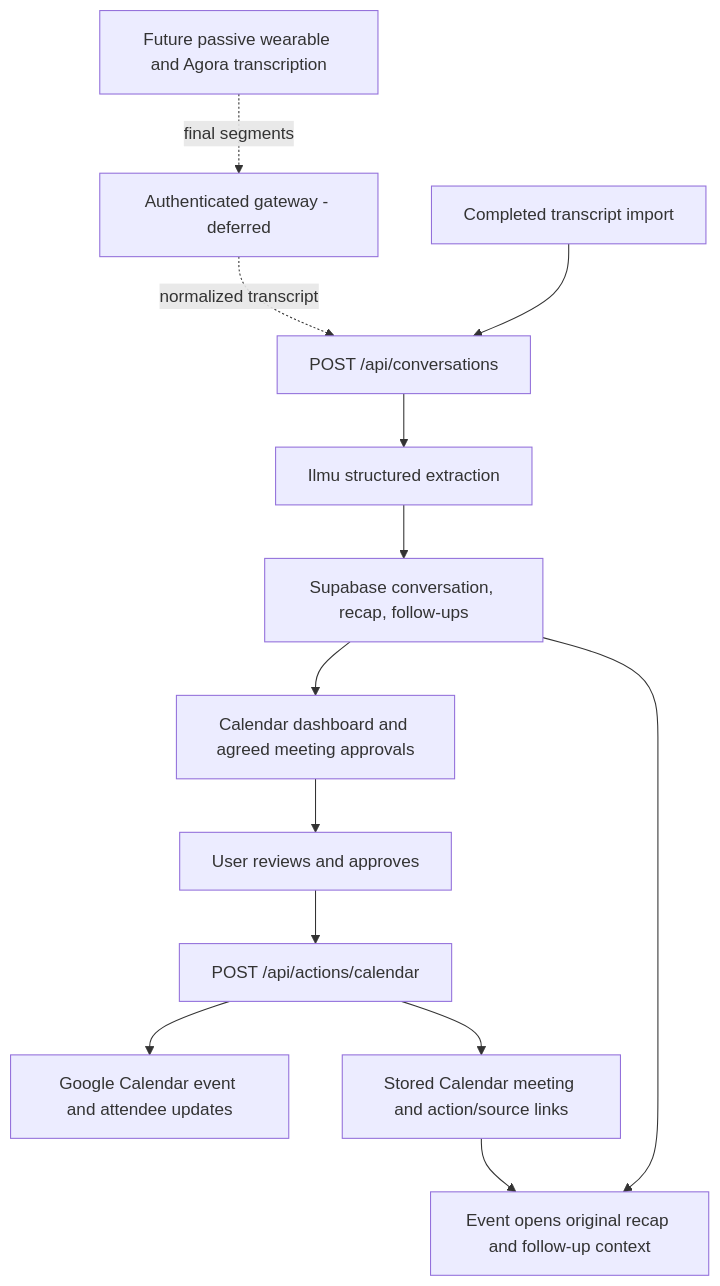
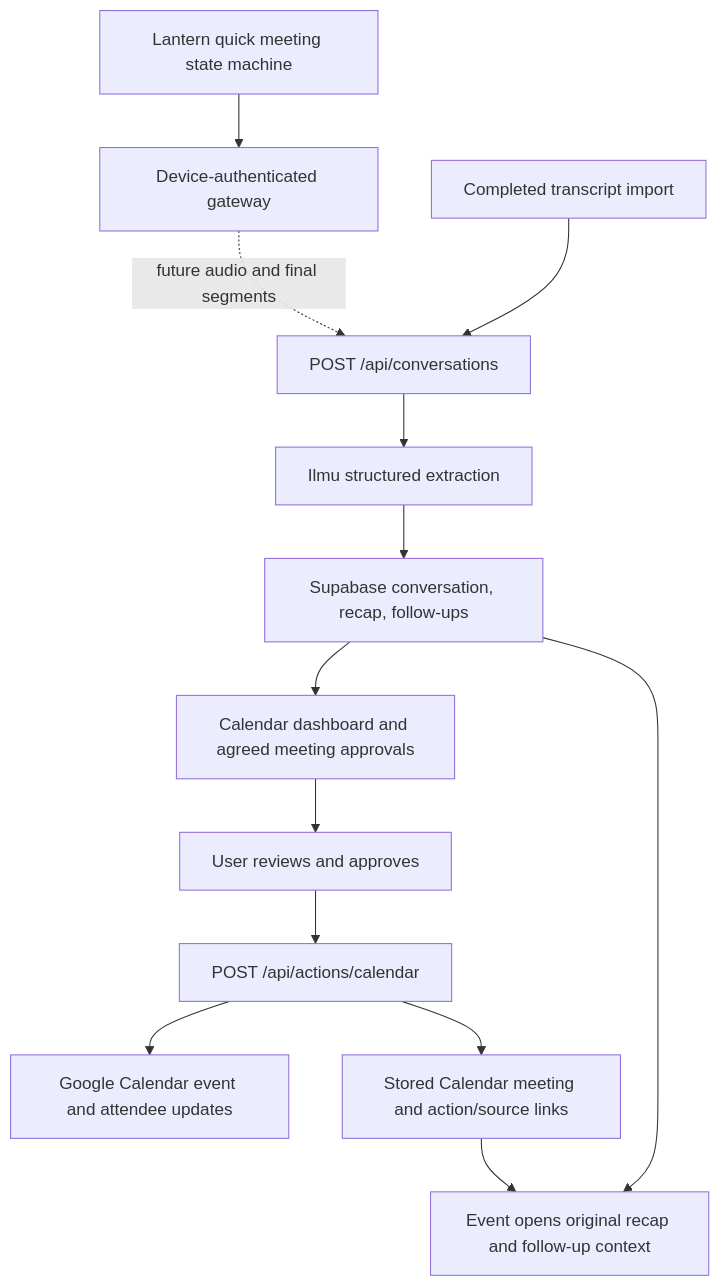
Before and after one commit to NathanHor22/Roxanne: the diagram in ARCHITECTURE.md, drawn with Mermaid. The commit also changed other lines of this file and 22 other files, not shown here.

Commit message:
dashboard frontend and device stimulator built. device paring and session API routers implemented

````diff
--- a/ARCHITECTURE.md
+++ b/ARCHITECTURE.md
@@ -17,15 +18,15 @@
 ```mermaid
 flowchart TD
-    A[Future passive wearable and Agora transcription] -. final segments .-> B[Authenticated gateway - deferred]
-    B -. normalized transcript .-> C[POST /api/conversations]
+    A[Lantern quick meeting state machine] --> B[Device-authenticated gateway]
+    B -. future audio and final segments .-> C[POST /api/conversations]
     D[Completed transcript import] --> C
     C --> E[Ilmu structured extraction]
     E --> F[Supabase conversation, recap, follow-ups]
     F --> G[Calendar dashboard and agreed meeting approvals]
     G --> H[User reviews and approves]
     H --> I[POST /api/actions/calendar]
     I --> J[Google Calendar event and attendee updates]
     I --> K[Stored Calendar meeting and action/source links]
     K --> L[Event opens original recap and follow-up context]
     F --> L
 ```
````
